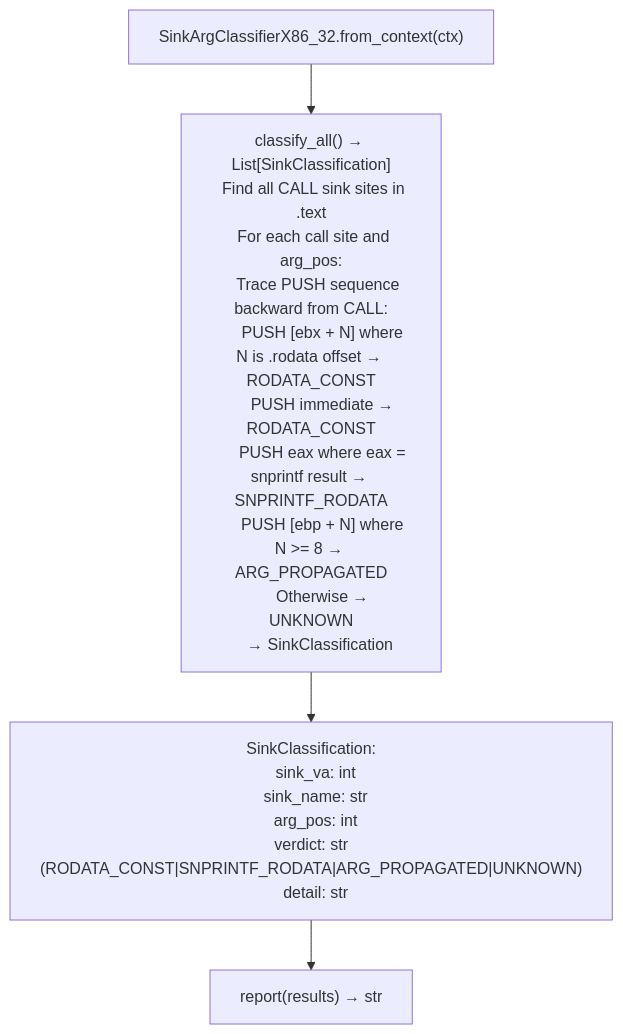
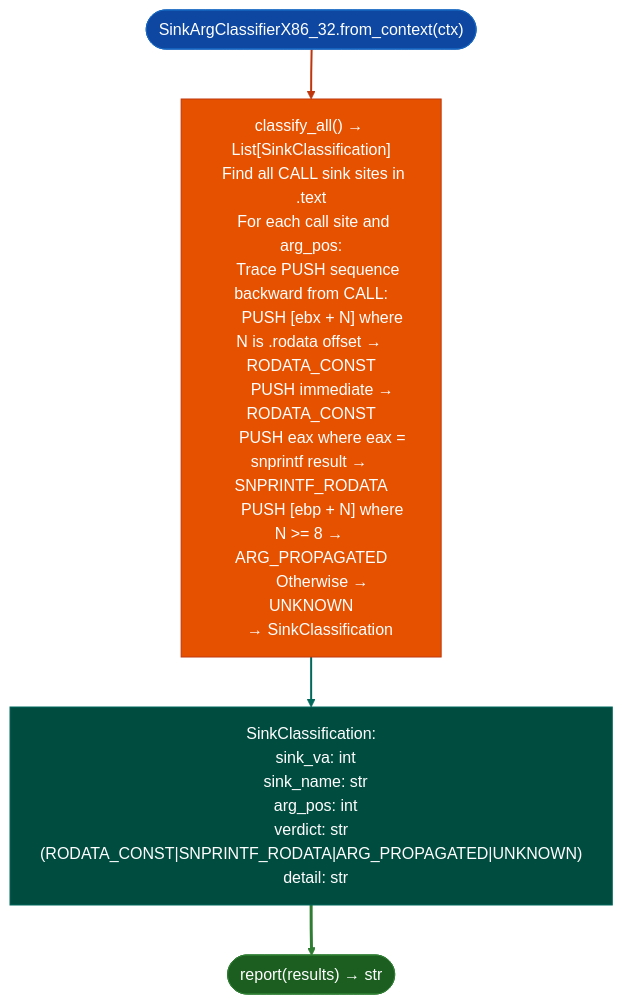
One commit to Ablation-Tool/ablation changed the diagram in docs/reference-modules/ms-dos-mz.md. Above: the diagram before and after it, drawn with Mermaid. The commit also changed 320 other files, not shown here.

First line of the commit message:
docs: apply canonical Mermaid template to all 321 diagrams

````diff
--- a/docs/reference-modules/ms-dos-mz.md
+++ b/docs/reference-modules/ms-dos-mz.md
@@ -19,6 +19,15 @@
 ```mermaid
 flowchart TD
-    A["SinkArgClassifierX86_32.from_context(ctx)"] --> B["classify_all() → List[SinkClassification]\n  Find all CALL sink sites in .text\n  For each call site and arg_pos:\n    Trace PUSH sequence backward from CALL:\n      PUSH [ebx + N] where N is .rodata offset → RODATA_CONST\n      PUSH immediate → RODATA_CONST\n      PUSH eax where eax = snprintf result → SNPRINTF_RODATA\n      PUSH [ebp + N] where N >= 8 → ARG_PROPAGATED\n      Otherwise → UNKNOWN\n    → SinkClassification"]
-    B --> C["SinkClassification:\n  sink_va: int\n  sink_name: str\n  arg_pos: int\n  verdict: str  (RODATA_CONST|SNPRINTF_RODATA|ARG_PROPAGATED|UNKNOWN)\n  detail: str"]
-    C --> D["report(results) → str"]
+    A(["SinkArgClassifierX86_32.from_context(ctx)"]):::input --> B["classify_all() → List[SinkClassification]\n  Find all CALL sink sites in .text\n  For each call site and arg_pos:\n    Trace PUSH sequence backward from CALL:\n      PUSH [ebx + N] where N is .rodata offset → RODATA_CONST\n      PUSH immediate → RODATA_CONST\n      PUSH eax where eax = snprintf result → SNPRINTF_RODATA\n      PUSH [ebp + N] where N >= 8 → ARG_PROPAGATED\n      Otherwise → UNKNOWN\n    → SinkClassification"]:::primary
+    B:::primary --> C["SinkClassification:\n  sink_va: int\n  sink_name: str\n  arg_pos: int\n  verdict: str  (RODATA_CONST|SNPRINTF_RODATA|ARG_PROPAGATED|UNKNOWN)\n  detail: str"]:::secondary
+    C:::secondary --> D(["report(results) → str"]):::output
+    classDef input     fill:#0d47a1,stroke:#1565c0,color:#fff
+    classDef primary   fill:#e65100,stroke:#bf360c,color:#fff
+    classDef secondary fill:#004d40,stroke:#00695c,color:#fff
+    classDef tertiary  fill:#4a148c,stroke:#6a1b9a,color:#fff
+    classDef neutral   fill:#37474f,stroke:#546e7a,color:#fff
+    classDef output    fill:#1b5e20,stroke:#2e7d32,color:#fff
+    linkStyle 0 stroke:#bf360c,stroke-width:2px
+    linkStyle 1 stroke:#00695c,stroke-width:2px
+    linkStyle 2 stroke:#2e7d32,stroke-width:3px
 ```
````
